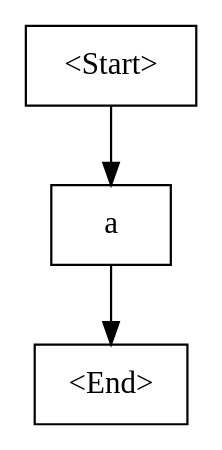
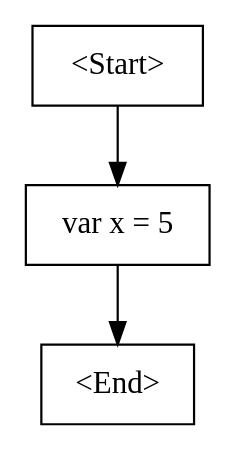
Before and after one commit to jayshiai/Cyclone: the diagram in cfg.dot, drawn with Graphviz. The commit also changed 1 other file, not shown here.

```diff
--- a/cfg.dot
+++ b/cfg.dot
@@ -1,8 +1,8 @@
 digraph G {
     N0 [label = "<Start>" shape = box]
-    N1 [label = "a
+    N1 [label = "var x = 5
 " shape = box]
     N2 [label = "<End>" shape = box]
     N0 -> N1 [label = ""]
     N1 -> N2 [label = ""]
 }
```
